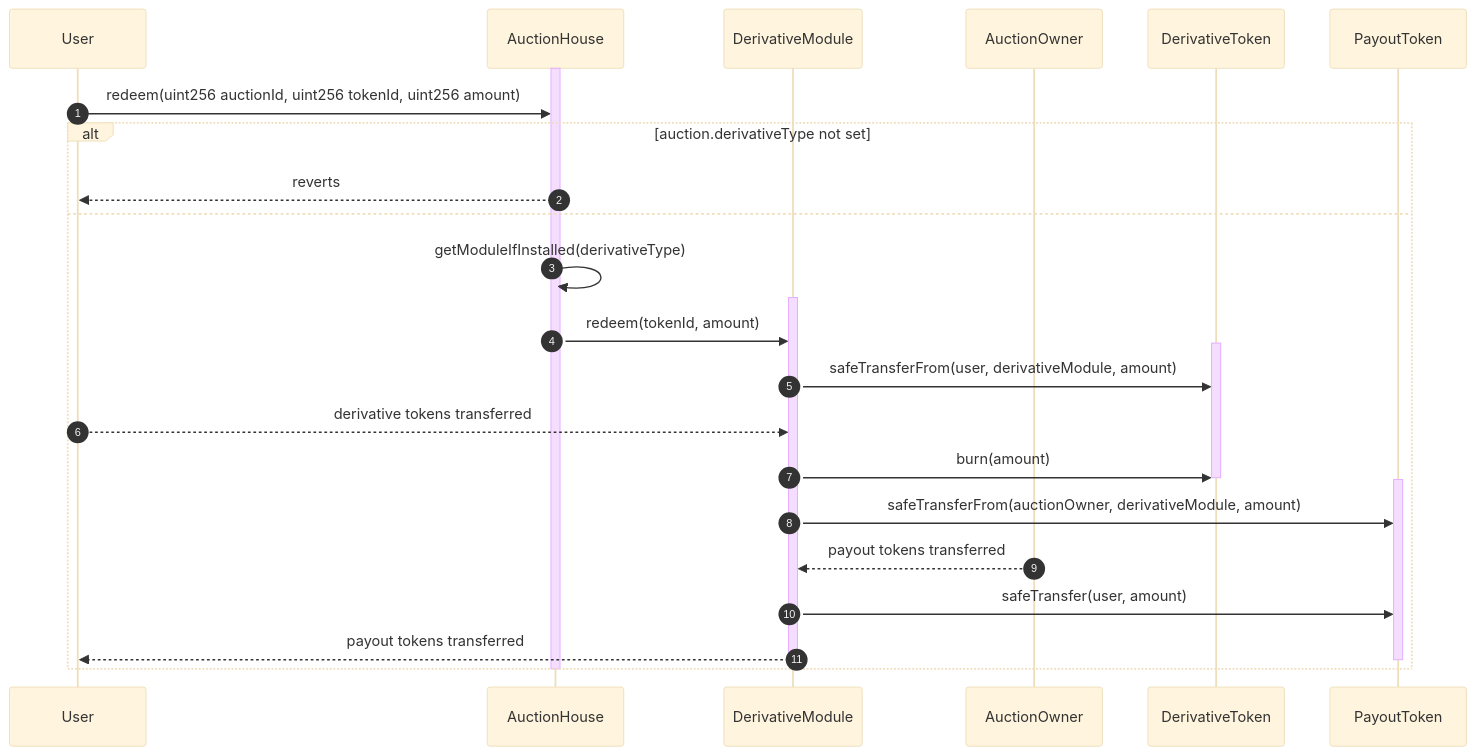
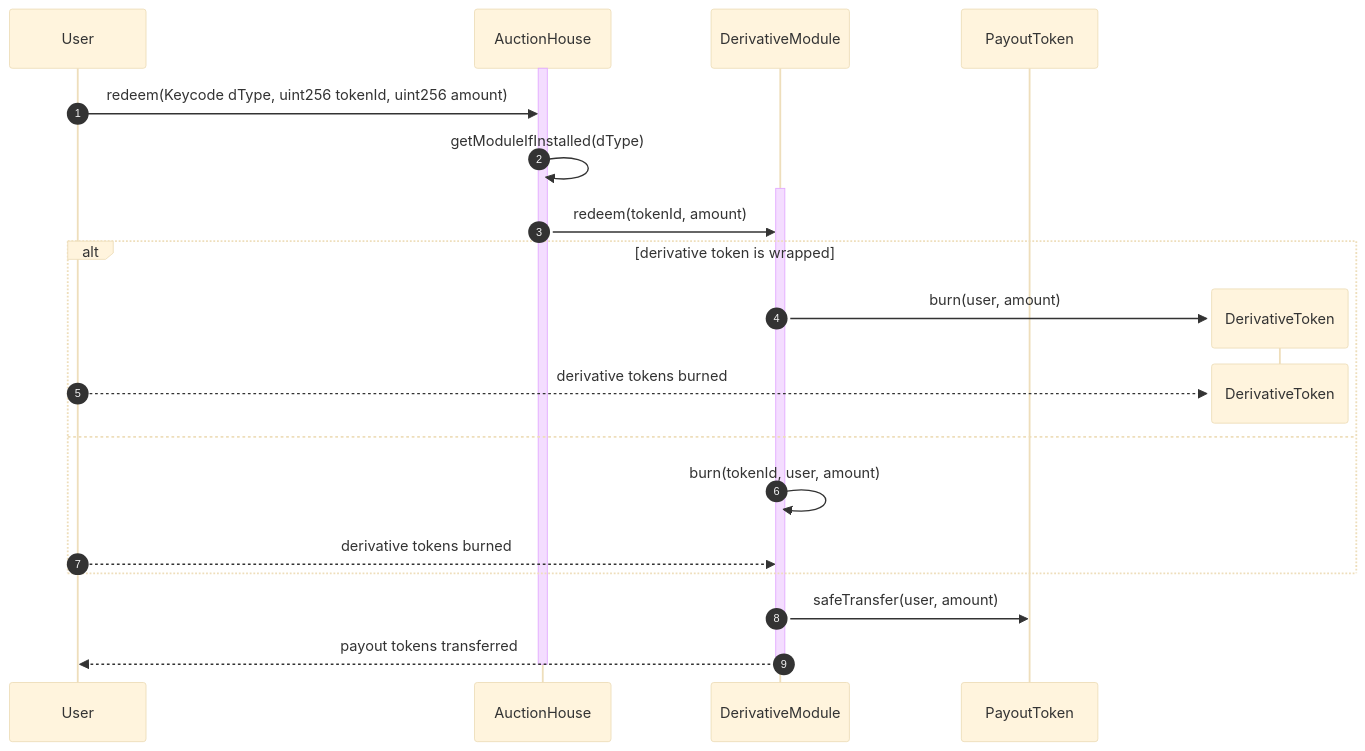
One commit to Axis-Fi/axis-core changed the sixth of 7 diagrams in ARCHITECTURE.md. Above: the diagram before and after it, drawn with Mermaid (base theme). The commit also changed other lines of this file, not shown here.

Commit message:
doc: add'l architecture updates

````diff
--- a/ARCHITECTURE.md
+++ b/ARCHITECTURE.md
@@ -388,38 +401,30 @@
 ```mermaid
 sequenceDiagram
   autoNumber
   participant User
   participant AuctionHouse
   participant DerivativeModule
-  participant AuctionOwner
-  participant DerivativeToken
   participant PayoutToken
 
   activate AuctionHouse
-    User->>AuctionHouse: redeem(uint256 auctionId, uint256 tokenId, uint256 amount)
+    User->>AuctionHouse: redeem(Keycode dType, uint256 tokenId, uint256 amount)
 
-    alt auction.derivativeType not set
-      AuctionHouse-->>User: reverts
-    else
-      AuctionHouse->>AuctionHouse: getModuleIfInstalled(derivativeType)
+    AuctionHouse->>AuctionHouse: getModuleIfInstalled(dType)
 
-      activate DerivativeModule
-        AuctionHouse->>DerivativeModule: redeem(tokenId, amount)
+    activate DerivativeModule
+      AuctionHouse->>DerivativeModule: redeem(tokenId, amount)
 
-        activate DerivativeToken
-          DerivativeModule->>DerivativeToken: safeTransferFrom(user, derivativeModule, amount)
-          User-->>DerivativeModule: derivative tokens transferred
-
-          DerivativeModule->>DerivativeToken: burn(amount)
-        deactivate DerivativeToken
-
-        activate PayoutToken
-          DerivativeModule->>PayoutToken: safeTransferFrom(auctionOwner, derivativeModule, amount)
-          AuctionOwner-->>DerivativeModule: payout tokens transferred
-          DerivativeModule->>PayoutToken: safeTransfer(user, amount)
-          DerivativeModule-->>User: payout tokens transferred
-        deactivate PayoutToken
-      deactivate DerivativeModule
-    end
+      alt derivative token is wrapped
+        create participant DerivativeToken
+        DerivativeModule->>DerivativeToken: burn(user, amount)
+        destroy DerivativeToken
+        User-->>DerivativeToken: derivative tokens burned
+      else 
+        DerivativeModule->>DerivativeModule: burn(tokenId, user, amount)
+        User-->>DerivativeModule: derivative tokens burned
+      end
+      DerivativeModule->>PayoutToken: safeTransfer(user, amount)
+      DerivativeModule-->>User: payout tokens transferred
+    deactivate DerivativeModule
   deactivate AuctionHouse
 ```
````
